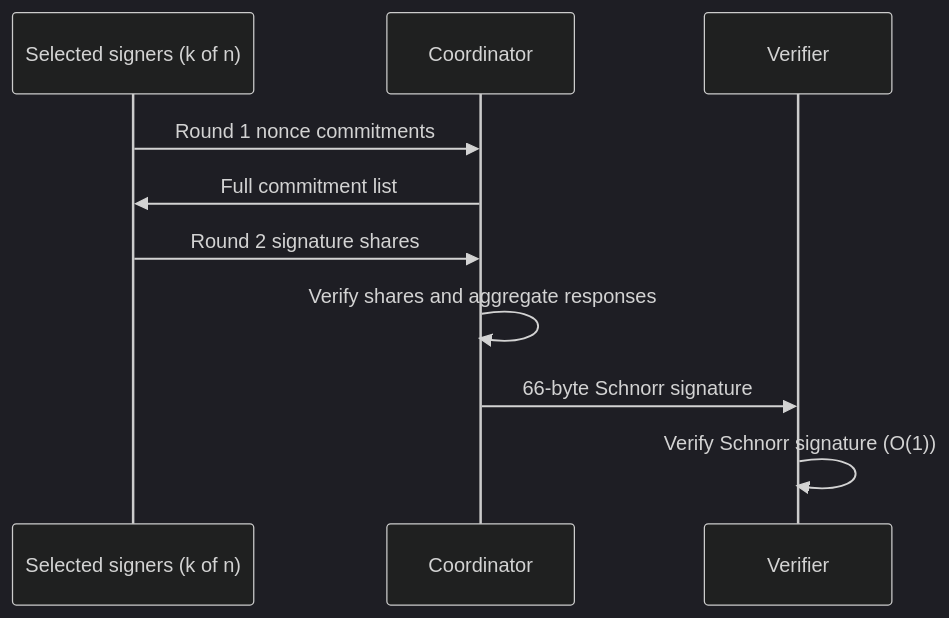
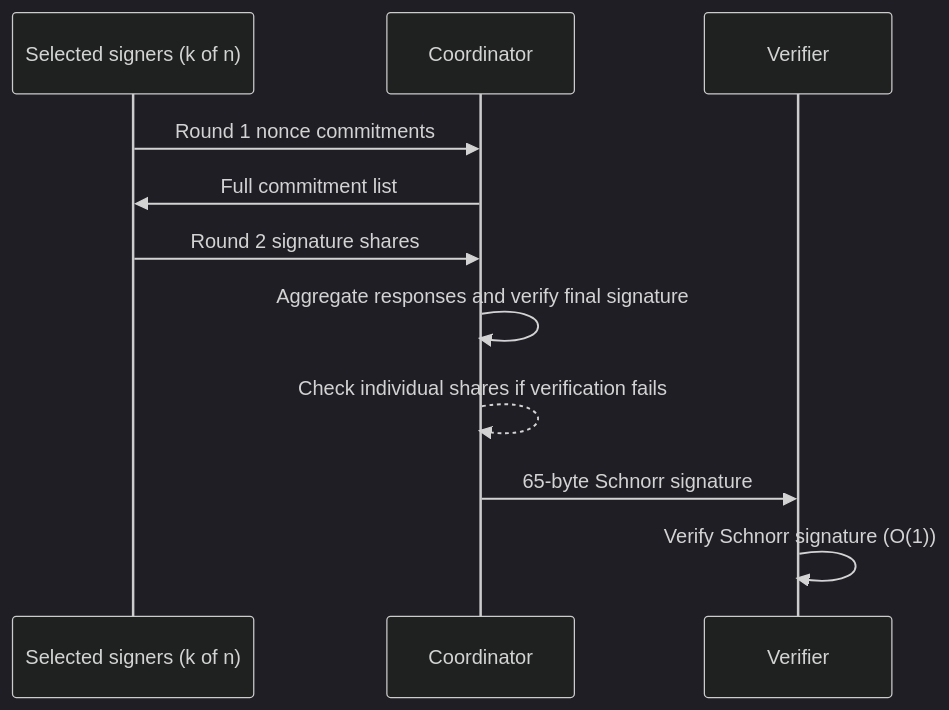
Before and after one commit to arnav7897/HyThS: the second of 3 diagrams in benchmark.md, drawn with Mermaid (dark theme). The commit also changed other lines of this file and 40 other files, not shown here.

````diff
--- a/benchmark.md
+++ b/benchmark.md
@@ -66,12 +68,13 @@
 ```mermaid
 sequenceDiagram
     participant S as Selected signers (k of n)
     participant C as Coordinator
     participant V as Verifier
     S->>C: Round 1 nonce commitments
     C->>S: Full commitment list
     S->>C: Round 2 signature shares
-    C->>C: Verify shares and aggregate responses
-    C->>V: 66-byte Schnorr signature
+    C->>C: Aggregate responses and verify final signature
+    C-->>C: Check individual shares if verification fails
+    C->>V: 65-byte Schnorr signature
     V->>V: Verify Schnorr signature (O(1))
 ```
````
